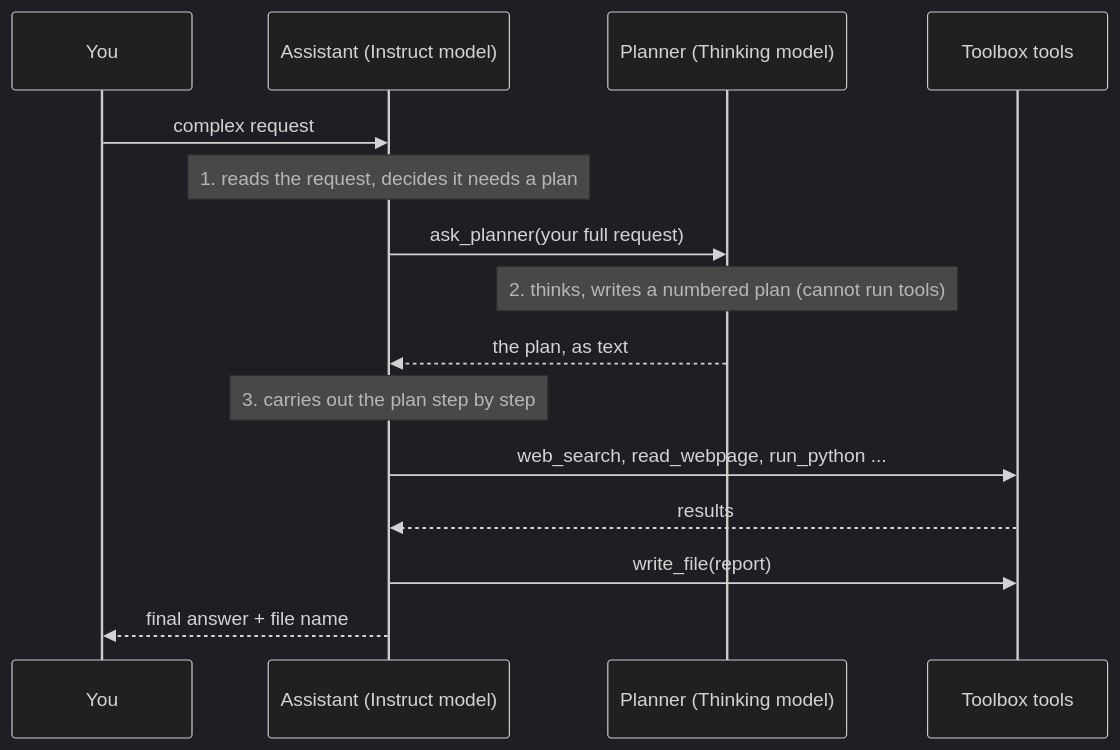
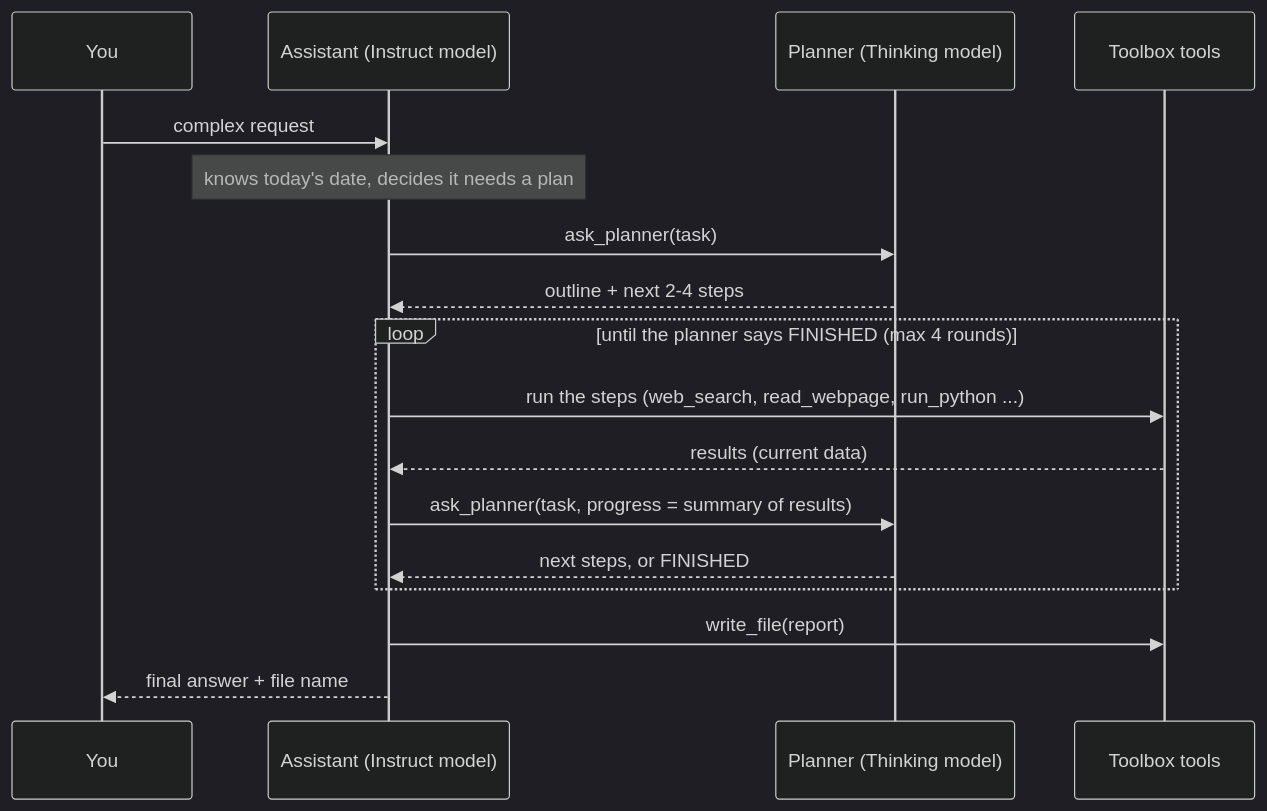
Before and after one commit to dhoon-ai/dhoon: the second of 2 diagrams in README.md, drawn with Mermaid (dark theme). The commit also changed other lines of this file and 4 other files, not shown here.

First line of the commit message:
Plan in short rounds, decide like a query optimizer, always use current data

````diff
--- a/README.md
+++ b/README.md
@@ -95,17 +101,19 @@
 ```mermaid
 sequenceDiagram
     participant You
     participant A as Assistant (Instruct model)
     participant P as Planner (Thinking model)
     participant T as Toolbox tools
     You->>A: complex request
-    Note over A: 1. reads the request, decides it needs a plan
-    A->>P: ask_planner(your full request)
-    Note over P: 2. thinks, writes a numbered plan (cannot run tools)
-    P-->>A: the plan, as text
-    Note over A: 3. carries out the plan step by step
-    A->>T: web_search, read_webpage, run_python ...
-    T-->>A: results
+    Note over A: knows today's date, decides it needs a plan
+    A->>P: ask_planner(task)
+    P-->>A: outline + next 2-4 steps
+    loop until the planner says FINISHED (max 4 rounds)
+        A->>T: run the steps (web_search, read_webpage, run_python ...)
+        T-->>A: results (current data)
+        A->>P: ask_planner(task, progress = summary of results)
+        P-->>A: next steps, or FINISHED
+    end
     A->>T: write_file(report)
     A-->>You: final answer + file name
 ```
````
